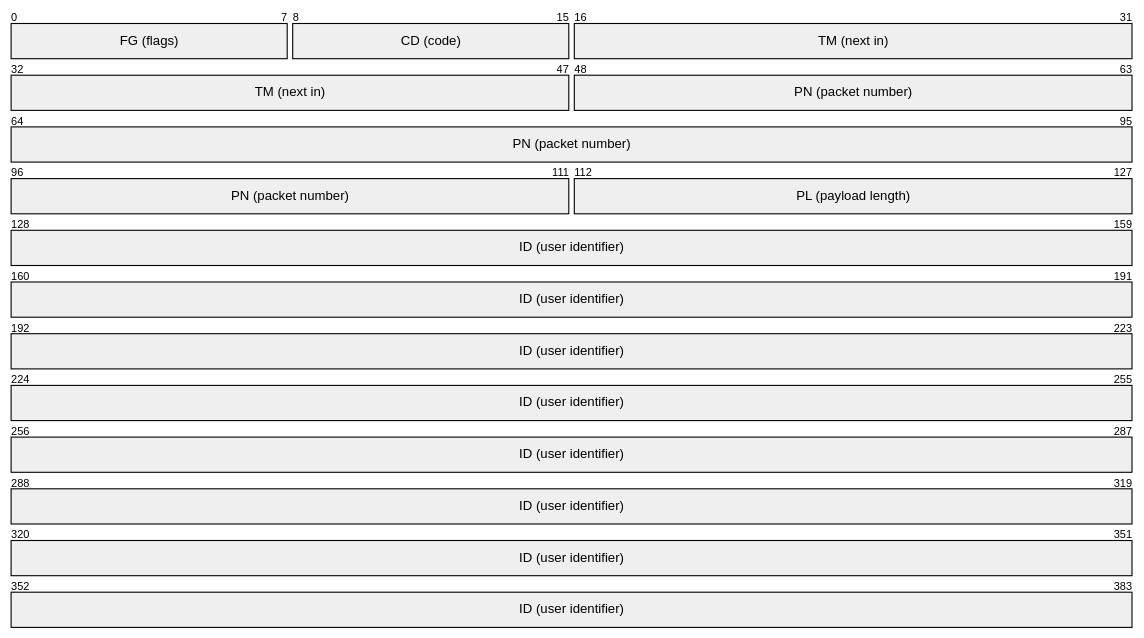
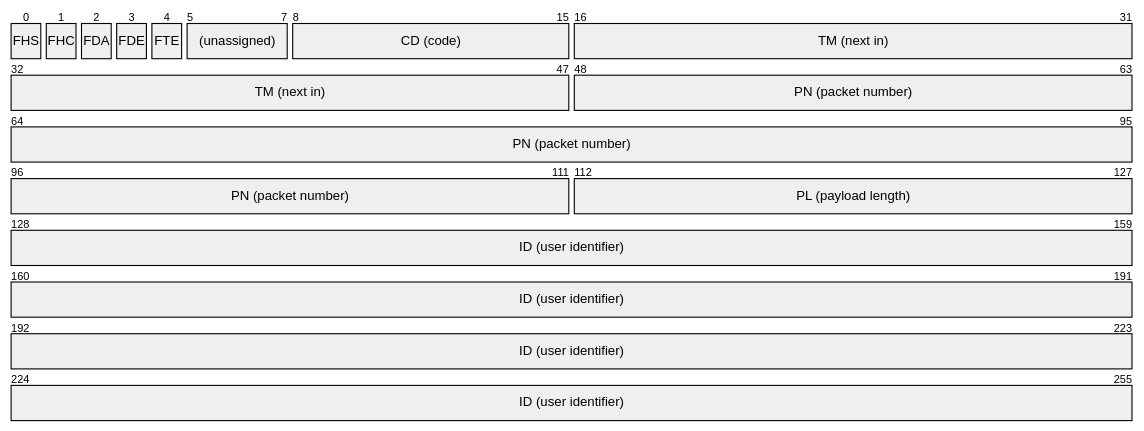
The third of 8 diagrams in PROTOCOL.md (pseusys/TYPHOON), drawn with Mermaid before and after one commit. The commit also changed other lines of this file, not shown here.

Commit message:
better diagrams

````diff
--- a/PROTOCOL.md
+++ b/PROTOCOL.md
@@ -137,9 +137,14 @@
 ```mermaid
 packet
-+8: "FG (flags)"
++1: "FHS"
++1: "FHC"
++1: "FDA"
++1: "FDE"
++1: "FTE"
++3: "(unassigned)"
 +8: "CD (code)"
 +32: "TM (next in)"
 +64: "PN (packet number)"
 +16: "PL (payload length)"
-+256: "ID (user identifier)"
++128: "ID (user identifier)"
 ```
````
